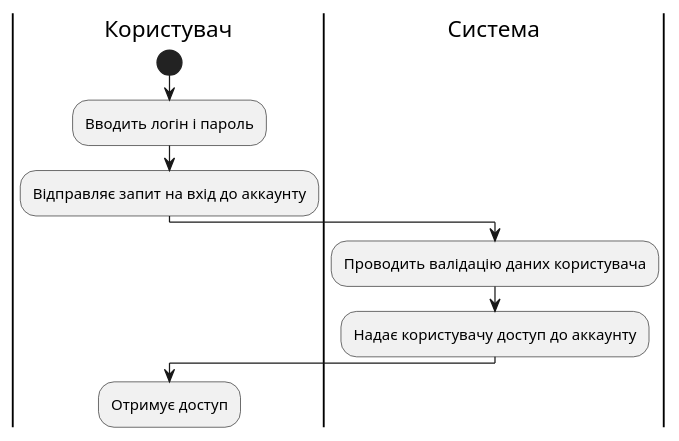
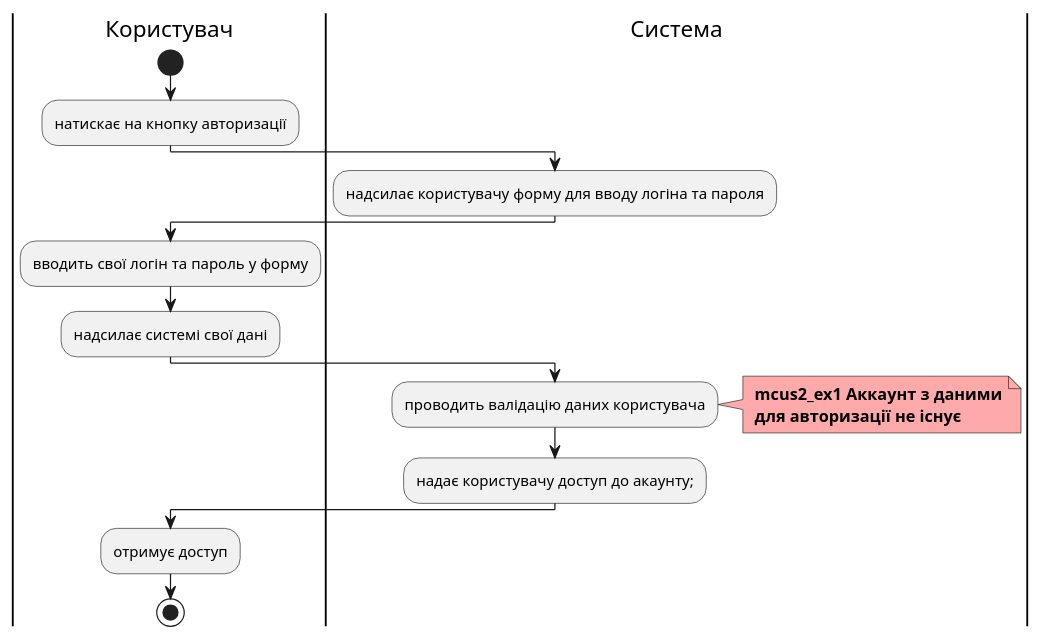
One commit to ukioxz/media-content-analyzing-system changed the third of 9 diagrams in docs/use cases/README.md. Above: the diagram before and after it, drawn with PlantUML. The commit also changed other lines of this file and 2 other files, not shown here.

```diff
--- a/docs/use cases/README.md
+++ b/docs/use cases/README.md
@@ -136,21 +86,22 @@
 @startuml
 
 |Користувач|
-
 start
-
-:Вводить логін і пароль;
-
-:Відправляє запит на вхід до аккаунту;
-
-|#AntiqueWhite|Система
-
-:Проводить валідацію даних користувача;
-
-:Надає користувачу доступ до аккаунту;
-
+:натискає на кнопку авторизації;
+|Система|
+:надсилає користувачу форму для вводу логіна та пароля;
+|Користувач| 
+:вводить свої логін та пароль у форму;
+:надсилає системі свої дані;
+|Система| 
+:проводить валідацію даних користувача;
+note right #ffaaaa
+<b> mcus2_ex1 Аккаунт з даними
+<b> для авторизації не існує
+end note
+:надає користувачу доступ до акаунту;;
 |Користувач|
-
-:Отримує доступ;
+:отримує доступ;
+stop
 
 @enduml
```
